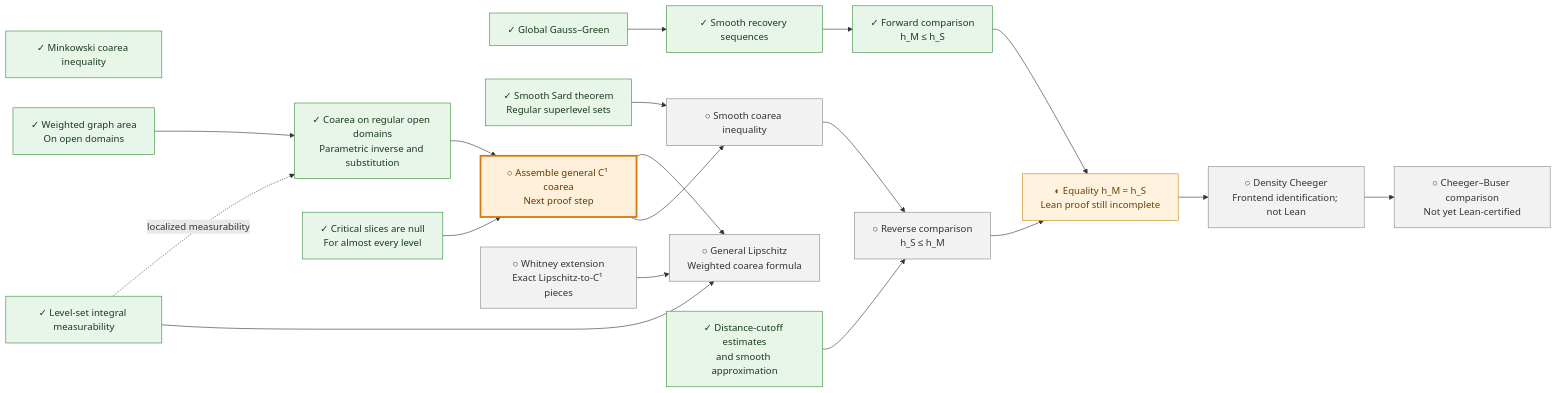
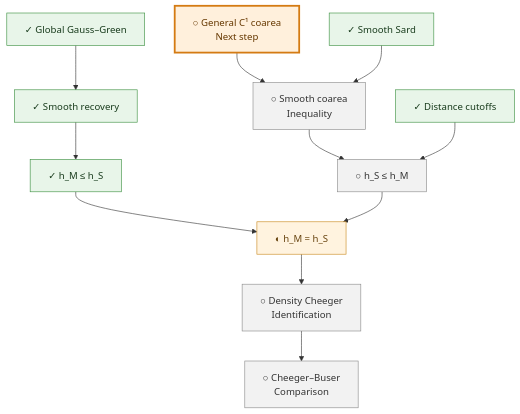
One commit to human-ai-mathematics/kls-lean changed the eighth of 9 diagrams in research/progress/README.md. Above: the diagram before and after it, drawn with Mermaid. The commit also changed other lines of this file and 2 other files, not shown here.

Commit message:
docs: split progress overview into readable route diagrams [skip ci]

````diff
--- a/research/progress/README.md
+++ b/research/progress/README.md
@@ -151,68 +249,45 @@
 ```mermaid
-flowchart LR
+flowchart TB
     GG["✓ Global Gauss–Green"]
-    REC["✓ Smooth recovery sequences"]
-    FWD["✓ Forward comparison<br/>h_M ≤ h_S"]
-    MINK["✓ Minkowski coarea inequality"]
-    SARD["✓ Smooth Sard theorem<br/>Regular superlevel sets"]
-    MEAS["✓ Level-set integral measurability"]
-    GRAPH["✓ Weighted graph area<br/>On open domains"]
-    REG["✓ Coarea on regular open domains<br/>Parametric inverse and substitution"]
-    CRIT["✓ Critical slices are null<br/>For almost every level"]
-    C1["○ Assemble general C¹ coarea<br/>Next proof step"]
-    WHIT["○ Whitney extension<br/>Exact Lipschitz-to-C¹ pieces"]
-    LIP["○ General Lipschitz<br/>Weighted coarea formula"]
-    SCI["○ Smooth coarea inequality"]
-    CUT["✓ Distance-cutoff estimates<br/>and smooth approximation"]
-    REV["○ Reverse comparison<br/>h_S ≤ h_M"]
-    EQ["◐ Equality h_M = h_S<br/>Lean proof still incomplete"]
-    FRONT["○ Density Cheeger<br/>Frontend identification; not Lean"]
-    CB["○ Cheeger–Buser comparison<br/>Not yet Lean-certified"]
+    REC["✓ Smooth recovery"]
+    FWD["✓ h_M ≤ h_S"]
+    C1["○ General C¹ coarea<br/>Next step"]
+    SARD["✓ Smooth Sard"]
+    SCI["○ Smooth coarea<br/>Inequality"]
+    CUT["✓ Distance cutoffs"]
+    REV["○ h_S ≤ h_M"]
+    EQ["◐ h_M = h_S"]
+    FRONT["○ Density Cheeger<br/>Identification"]
+    CB["○ Cheeger–Buser<br/>Comparison"]
 
     GG --> REC
     REC --> FWD
-    GRAPH --> REG
-    MEAS -.->|localized measurability| REG
-    REG --> C1
-    CRIT --> C1
-    C1 --> LIP
-    WHIT --> LIP
-    MEAS --> LIP
     C1 --> SCI
     SARD --> SCI
     SCI --> REV
     CUT --> REV
     FWD --> EQ
     REV --> EQ
     EQ --> FRONT
     FRONT --> CB
 
     classDef done fill:#e8f5e9,stroke:#388e3c,color:#183b1c;
+    class GG,REC,FWD,SARD,CUT done;
     classDef partial fill:#fff3df,stroke:#c88719,color:#66420d;
+    class EQ partial;
     classDef todo fill:#f2f2f2,stroke:#888,color:#333;
+    class SCI,REV,FRONT,CB todo;
     classDef focus fill:#fff0dc,stroke:#d47b13,color:#663800,stroke-width:3px;
-    classDef logic fill:#ffffff,stroke:#555,color:#222;
-    class GG,REC,FWD,MINK,SARD,MEAS,GRAPH,REG,CRIT,CUT done;
-    class FRONT,CB todo;
-    class EQ partial;
-    class WHIT,LIP,SCI,REV todo;
     class C1 focus;
     click GG href "https://github.com/numina-functional-inequalities/kls-lean/blob/main/formalization/FunctionalInequalities/KLS/Geometry/GaussGreen.lean" "✓ Global Gauss–Green" _blank
-    click REC href "https://github.com/numina-functional-inequalities/kls-lean/blob/main/formalization/FunctionalInequalities/KLS/Geometry/PerimeterRecovery.lean" "✓ Smooth recovery sequences" _blank
-    click FWD href "https://github.com/numina-functional-inequalities/kls-lean/blob/main/formalization/FunctionalInequalities/KLS/Geometry/CheegerInfimum.lean" "✓ Forward comparison — h_M ≤ h_S" _blank
-    click MINK href "https://github.com/numina-functional-inequalities/kls-lean/blob/main/formalization/FunctionalInequalities/KLS/Geometry/MinkowskiContent.lean" "✓ Minkowski coarea inequality" _blank
-    click SARD href "https://github.com/numina-functional-inequalities/kls-lean/blob/main/formalization/FunctionalInequalities/Analysis/SmoothSard.lean" "✓ Smooth Sard theorem — Regular superlevel sets" _blank
-    click MEAS href "https://github.com/numina-functional-inequalities/kls-lean/blob/main/formalization/FunctionalInequalities/KLS/Geometry/LevelSetMeasurable.lean" "✓ Level-set integral measurability" _blank
-    click GRAPH href "https://github.com/numina-functional-inequalities/kls-lean/blob/main/formalization/FunctionalInequalities/Analysis/OpenGraphIntegral.lean" "✓ Weighted graph area — On open domains" _blank
-    click REG href "https://github.com/numina-functional-inequalities/kls-lean/blob/main/formalization/FunctionalInequalities/KLS/Geometry/RegularCoarea.lean" "✓ Coarea on regular open domains — Parametric inverse and substitution" _blank
-    click CRIT href "https://github.com/numina-functional-inequalities/kls-lean/blob/main/formalization/FunctionalInequalities/KLS/Geometry/CriticalSlice.lean" "✓ Critical slices are null — For almost every level" _blank
-    click C1 href "https://github.com/numina-functional-inequalities/kls-lean/blob/main/research/decisions/2026-09-15-weighted-coarea-route.md#l11" "○ Assemble general C¹ coarea — Next proof step" _blank
-    click WHIT href "https://github.com/numina-functional-inequalities/kls-lean/blob/main/research/decisions/2026-09-15-weighted-coarea-route.md#l6" "○ Whitney extension — Exact Lipschitz-to-C¹ pieces" _blank
-    click LIP href "https://github.com/numina-functional-inequalities/kls-lean/blob/main/research/decisions/2026-09-15-weighted-coarea-route.md#l12" "○ General Lipschitz — Weighted coarea formula" _blank
-    click SCI href "https://github.com/numina-functional-inequalities/kls-lean/blob/main/formalization/FunctionalInequalities/KLS/WIP/CheegerInfimum.lean" "○ Smooth coarea inequality" _blank
-    click CUT href "https://github.com/numina-functional-inequalities/kls-lean/blob/main/formalization/FunctionalInequalities/KLS/Geometry/DistanceCutoff.lean" "✓ Distance-cutoff estimates — and smooth approximation" _blank
-    click REV href "https://github.com/numina-functional-inequalities/kls-lean/blob/main/formalization/FunctionalInequalities/KLS/WIP/CheegerInfimum.lean" "○ Reverse comparison — h_S ≤ h_M" _blank
-    click EQ href "https://github.com/numina-functional-inequalities/kls-lean/blob/main/formalization/FunctionalInequalities/KLS/WIP/CheegerInfimum.lean" "◐ Equality h_M = h_S — Lean proof still incomplete" _blank
-    click FRONT href "https://github.com/numina-functional-inequalities/kls-lean/blob/main/formalization/blueprint/src/chapters/45-shared-analytic-bridges.tex" "○ Density Cheeger — Frontend identification; not Lean" _blank
-    click CB href "https://github.com/numina-functional-inequalities/kls-lean/blob/main/formalization/blueprint/src/chapters/45-shared-analytic-bridges.tex" "○ Cheeger–Buser comparison — Not yet Lean-certified" _blank
+    click REC href "https://github.com/numina-functional-inequalities/kls-lean/blob/main/formalization/FunctionalInequalities/KLS/Geometry/PerimeterRecovery.lean" "✓ Smooth recovery" _blank
+    click FWD href "https://github.com/numina-functional-inequalities/kls-lean/blob/main/formalization/FunctionalInequalities/KLS/Geometry/CheegerInfimum.lean" "✓ h_M ≤ h_S" _blank
+    click C1 href "https://github.com/numina-functional-inequalities/kls-lean/blob/main/research/decisions/2026-09-15-weighted-coarea-route.md#l11" "○ General C¹ coarea — Next step" _blank
+    click SARD href "https://github.com/numina-functional-inequalities/kls-lean/blob/main/formalization/FunctionalInequalities/Analysis/SmoothSard.lean" "✓ Smooth Sard" _blank
+    click SCI href "https://github.com/numina-functional-inequalities/kls-lean/blob/main/formalization/FunctionalInequalities/KLS/WIP/CheegerInfimum.lean" "○ Smooth coarea — Inequality" _blank
+    click CUT href "https://github.com/numina-functional-inequalities/kls-lean/blob/main/formalization/FunctionalInequalities/KLS/Geometry/DistanceCutoff.lean" "✓ Distance cutoffs" _blank
+    click REV href "https://github.com/numina-functional-inequalities/kls-lean/blob/main/formalization/FunctionalInequalities/KLS/WIP/CheegerInfimum.lean" "○ h_S ≤ h_M" _blank
+    click EQ href "https://github.com/numina-functional-inequalities/kls-lean/blob/main/formalization/FunctionalInequalities/KLS/WIP/CheegerInfimum.lean" "◐ h_M = h_S" _blank
+    click FRONT href "https://github.com/numina-functional-inequalities/kls-lean/blob/main/formalization/blueprint/src/chapters/45-shared-analytic-bridges.tex" "○ Density Cheeger — Identification" _blank
+    click CB href "https://github.com/numina-functional-inequalities/kls-lean/blob/main/formalization/blueprint/src/chapters/45-shared-analytic-bridges.tex" "○ Cheeger–Buser — Comparison" _blank
 ```
````
